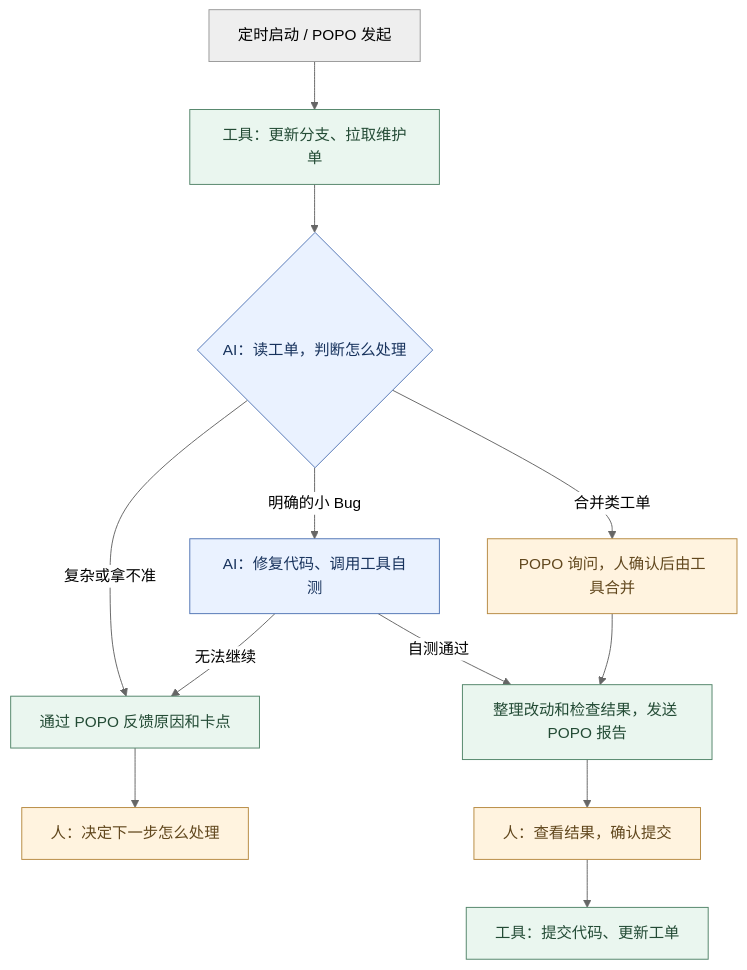
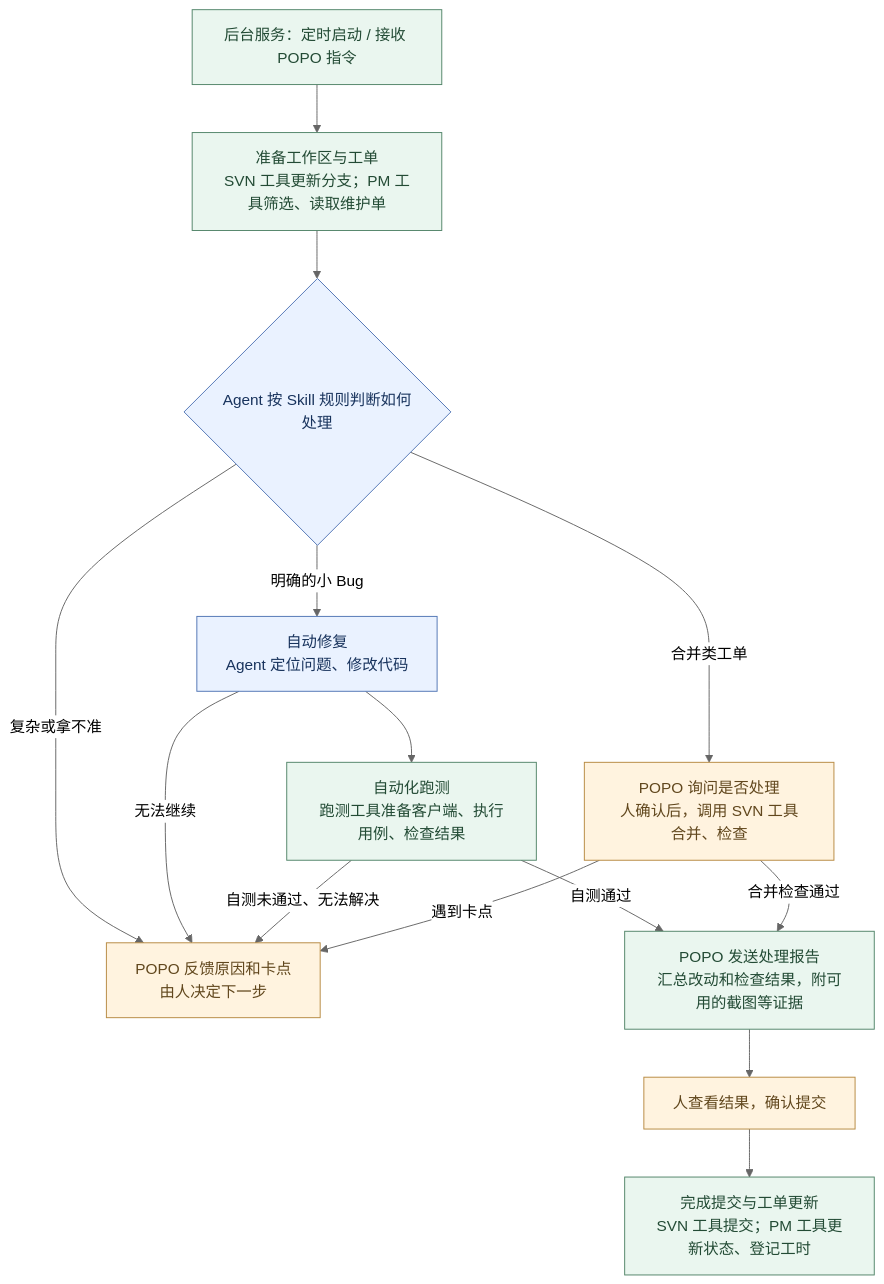
One commit to kirakuiin/note changed the first of 2 diagrams in Obsidian Vault/AI在开发和维护中的应用-分享稿.md. Above: the diagram before and after it, drawn with Mermaid (neutral theme). The commit also changed other lines of this file and 3 other files, not shown here.

````diff
--- a/Obsidian Vault/AI在开发和维护中的应用-分享稿.md
+++ b/Obsidian Vault/AI在开发和维护中的应用-分享稿.md
@@ -14,21 +14,32 @@
 ```mermaid
 flowchart TD
-    A[定时启动 / POPO 发起] --> B[工具：更新分支、拉取维护单]
-    B --> C{AI：读工单，判断怎么处理}
-    C -->|明确的小 Bug| D[AI：修复代码、调用工具自测]
-    C -->|合并类工单| E[POPO 询问，人确认后由工具合并]
-    C -->|复杂或拿不准| F[通过 POPO 反馈原因和卡点]
+    A[后台服务：定时启动 / 接收 POPO 指令]
+    B[准备工作区与工单<br/>SVN 工具更新分支；PM 工具筛选、读取维护单]
+    C{Agent 按 Skill 规则判断如何处理}
+    D[自动修复<br/>Agent 定位问题、修改代码]
+    K[自动化跑测<br/>跑测工具准备客户端、执行用例、检查结果]
+    E[POPO 询问是否处理<br/>人确认后，调用 SVN 工具合并、检查]
+    F[POPO 反馈原因和卡点<br/>由人决定下一步]
+    G[POPO 发送处理报告<br/>汇总改动和检查结果，附可用的截图等证据]
+    H[人查看结果，确认提交]
+    I[完成提交与工单更新<br/>SVN 工具提交；PM 工具更新状态、登记工时]
+
+    A --> B --> C
+    C -->|明确的小 Bug| D
+    D --> K
+    C -->|合并类工单| E
+    C -->|复杂或拿不准| F
     D -->|无法继续| F
-    F --> J[人：决定下一步怎么处理]
-    D -->|自测通过| G[整理改动和检查结果，发送 POPO 报告]
-    E --> G
-    G --> H[人：查看结果，确认提交]
-    H --> I[工具：提交代码、更新工单]
+    K -->|自测未通过、无法解决| F
+    E -->|遇到卡点| F
+    K -->|自测通过| G
+    E -->|合并检查通过| G
+    G --> H --> I
 
     classDef ai fill:#EAF2FF,stroke:#5276B5,color:#18335D;
     classDef tool fill:#EAF6EF,stroke:#53856A,color:#234B35;
     classDef human fill:#FFF3DF,stroke:#B78A42,color:#61471D;
     class C,D ai;
-    class B,F,G,I tool;
-    class E,H,J human;
+    class A,B,K,G,I tool;
+    class E,F,H human;
 ```
````
